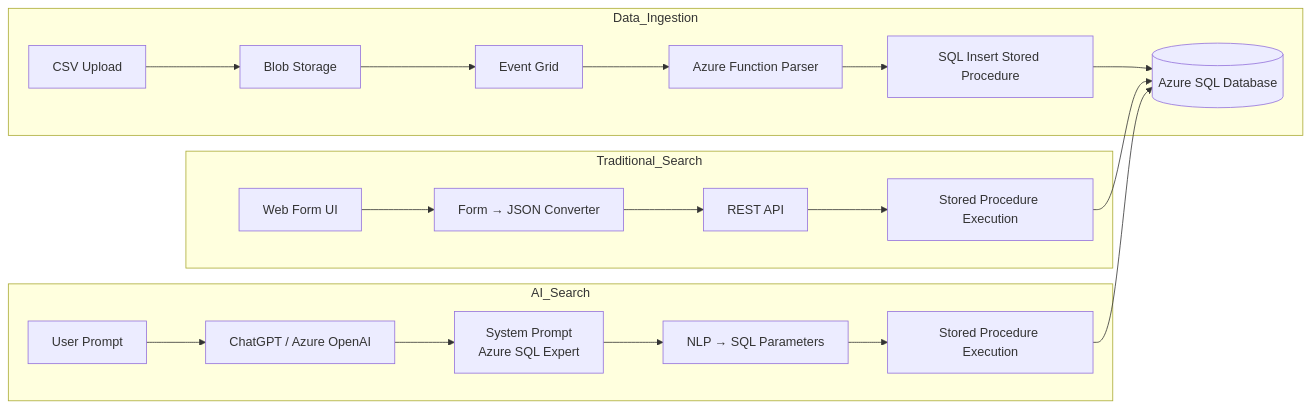
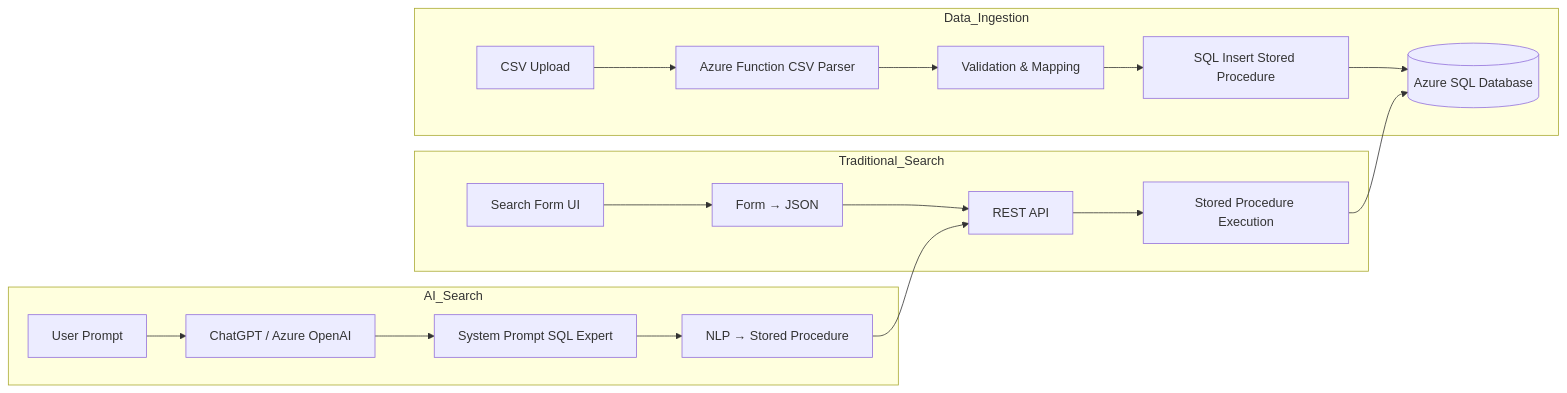
Before and after one commit to oigbokwe73/CreditLoanApp: the second of 3 diagrams in README.md, drawn with Mermaid. The commit also changed other lines of this file, not shown here.

First line of the commit message:
Revise architecture diagrams and update descriptions

````diff
--- a/README.md
+++ b/README.md
@@ -93,33 +84,31 @@
 ```mermaid
 flowchart LR
 
 subgraph Data_Ingestion
 A1[CSV Upload]
-A2[Blob Storage]
-A3[Event Grid]
-A4[Azure Function Parser]
-A5[SQL Insert Stored Procedure]
-A6[(Azure SQL Database)]
+A2[Azure Function CSV Parser]
+A3[Validation & Mapping]
+A4[SQL Insert Stored Procedure]
+A5[(Azure SQL Database)]
 end
 
 subgraph Traditional_Search
-B1[Web Form UI]
-B2[Form → JSON Converter]
+B1[Search Form UI]
+B2[Form → JSON]
 B3[REST API]
 B4[Stored Procedure Execution]
 end
 
 subgraph AI_Search
 C1[User Prompt]
 C2[ChatGPT / Azure OpenAI]
-C3[System Prompt<br>Azure SQL Expert]
-C4[NLP → SQL Parameters]
-C5[Stored Procedure Execution]
+C3[System Prompt SQL Expert]
+C4[NLP → Stored Procedure]
 end
 
-A1 --> A2 --> A3 --> A4 --> A5 --> A6
+A1 --> A2 --> A3 --> A4 --> A5
 
-B1 --> B2 --> B3 --> B4 --> A6
+B1 --> B2 --> B3 --> B4 --> A5
 
-C1 --> C2 --> C3 --> C4 --> C5 --> A6
+C1 --> C2 --> C3 --> C4 --> B3
 ```
````
